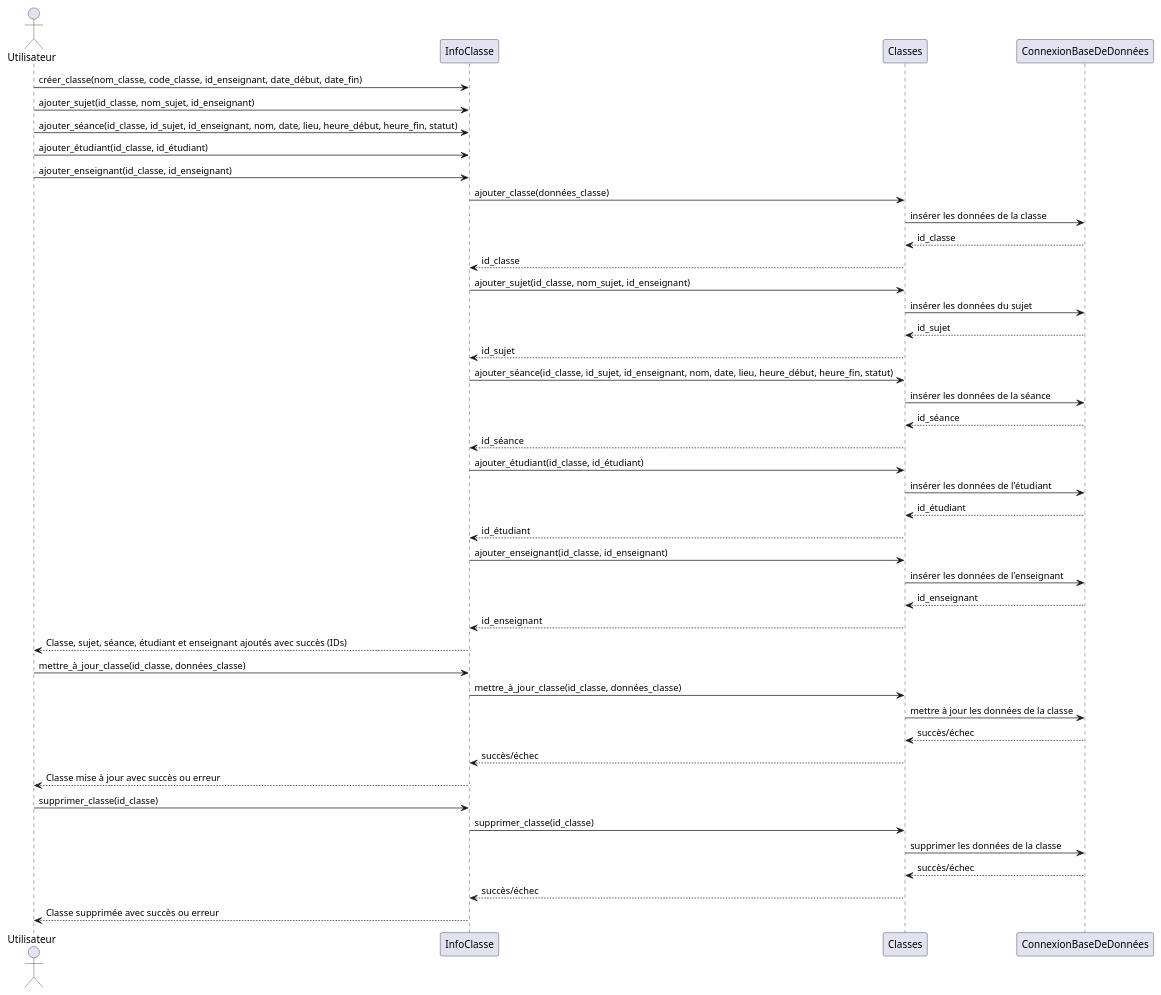
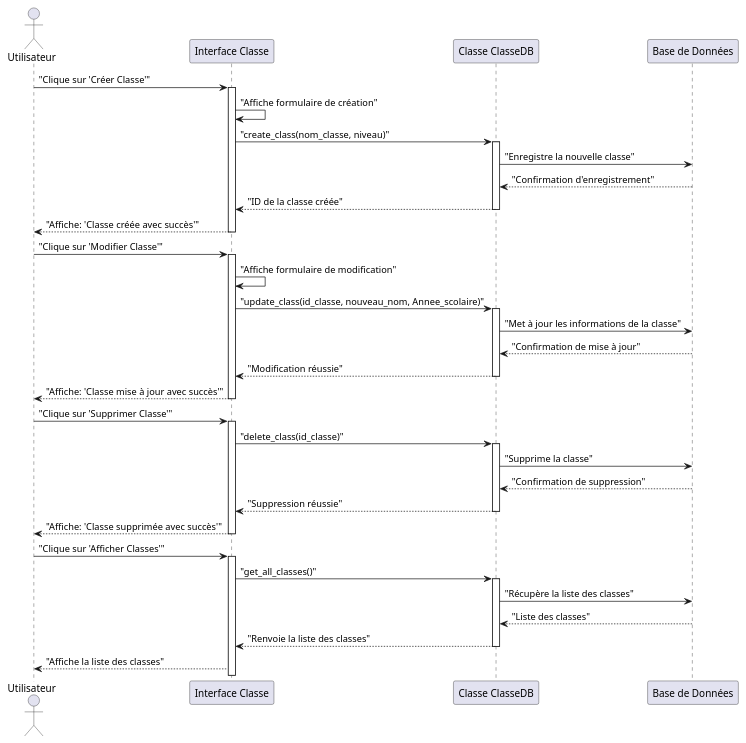
One commit to ahmedlman/system_de_reconnaissance_faciale changed the diagram in diagrammes/seq_classes.puml. Above: the diagram before and after it, drawn with PlantUML. The commit also changed 10 other files, not shown here.

```diff
--- a/diagrammes/seq_classes.puml
+++ b/diagrammes/seq_classes.puml
@@ -1,53 +1,54 @@
 @startuml
 ' https://plantuml.com/sequence-diagram
 
-actor "Utilisateur" as User
-participant "InfoClasse" as CI
-participant "Classes" as C
-participant "ConnexionBaseDeDonnées" as DB
-
-' Ajouter une classe, un sujet, une séance, un étudiant et un enseignant
-User -> CI : créer_classe(nom_classe, code_classe, id_enseignant, date_début, date_fin)
-User -> CI : ajouter_sujet(id_classe, nom_sujet, id_enseignant)
-User -> CI : ajouter_séance(id_classe, id_sujet, id_enseignant, nom, date, lieu, heure_début, heure_fin, statut)
-User -> CI : ajouter_étudiant(id_classe, id_étudiant)
-User -> CI : ajouter_enseignant(id_classe, id_enseignant)
-CI -> C : ajouter_classe(données_classe)
-C -> DB : insérer les données de la classe
-DB --> C : id_classe
-C --> CI : id_classe
-CI -> C : ajouter_sujet(id_classe, nom_sujet, id_enseignant)
-C -> DB : insérer les données du sujet
-DB --> C : id_sujet
-C --> CI : id_sujet
-CI -> C : ajouter_séance(id_classe, id_sujet, id_enseignant, nom, date, lieu, heure_début, heure_fin, statut)
-C -> DB : insérer les données de la séance
-DB --> C : id_séance
-C --> CI : id_séance
-CI -> C : ajouter_étudiant(id_classe, id_étudiant)
-C -> DB : insérer les données de l'étudiant
-DB --> C : id_étudiant
-C --> CI : id_étudiant
-CI -> C : ajouter_enseignant(id_classe, id_enseignant)
-C -> DB : insérer les données de l'enseignant
-DB --> C : id_enseignant
-C --> CI : id_enseignant
-CI --> User : Classe, sujet, séance, étudiant et enseignant ajoutés avec succès (IDs)
-
-' Mettre à jour une classe
-User -> CI : mettre_à_jour_classe(id_classe, données_classe)
-CI -> C : mettre_à_jour_classe(id_classe, données_classe)
-C -> DB : mettre à jour les données de la classe
-DB --> C : succès/échec
-C --> CI : succès/échec
-CI --> User : Classe mise à jour avec succès ou erreur
-
-' Supprimer une classe
-User -> CI : supprimer_classe(id_classe)
-CI -> C : supprimer_classe(id_classe)
-C -> DB : supprimer les données de la classe
-DB --> C : succès/échec
-C --> CI : succès/échec
-CI --> User : Classe supprimée avec succès ou erreur
-
+' seq_classes'
+actor Utilisateur
+participant "Interface Classe" as UI
+participant "Classe ClasseDB" as ClasseDB
+participant "Base de Données" as DB
+' == 1. Création d'une classe ==
+Utilisateur -> UI : "Clique sur 'Créer Classe'"
+activate UI
+UI -> UI : "Affiche formulaire de création"
+UI -> ClasseDB : "create_class(nom_classe, niveau)"
+activate ClasseDB
+ClasseDB -> DB : "Enregistre la nouvelle classe"
+DB --> ClasseDB : "Confirmation d'enregistrement"
+ClasseDB --> UI : "ID de la classe créée"
+deactivate ClasseDB
+UI --> Utilisateur : "Affiche: 'Classe créée avec succès'"
+deactivate UI
+' == 2. Modification d'une classe ==
+Utilisateur -> UI : "Clique sur 'Modifier Classe'"
+activate UI
+UI -> UI : "Affiche formulaire de modification"
+UI -> ClasseDB : "update_class(id_classe, nouveau_nom, Annee_scolaire)"
+activate ClasseDB
+ClasseDB -> DB : "Met à jour les informations de la classe"
+DB --> ClasseDB : "Confirmation de mise à jour"
+ClasseDB --> UI : "Modification réussie"
+deactivate ClasseDB
+UI --> Utilisateur : "Affiche: 'Classe mise à jour avec succès'"
+deactivate UI
+' == 3. Suppression d'une classe ==
+Utilisateur -> UI : "Clique sur 'Supprimer Classe'"
+activate UI
+UI -> ClasseDB : "delete_class(id_classe)"
+activate ClasseDB
+ClasseDB -> DB : "Supprime la classe"
+DB --> ClasseDB : "Confirmation de suppression"
+ClasseDB --> UI : "Suppression réussie"
+deactivate ClasseDB
+UI --> Utilisateur : "Affiche: 'Classe supprimée avec succès'"
+deactivate UI
+' == 4. Affichage des classes ==
+Utilisateur -> UI : "Clique sur 'Afficher Classes'"
+activate UI
+UI -> ClasseDB : "get_all_classes()"
+activate ClasseDB
+ClasseDB -> DB : "Récupère la liste des classes"
+DB --> ClasseDB : "Liste des classes"
+ClasseDB --> UI : "Renvoie la liste des classes"
+deactivate ClasseDB
+UI --> Utilisateur : "Affiche la liste des classes"
 @enduml
```
